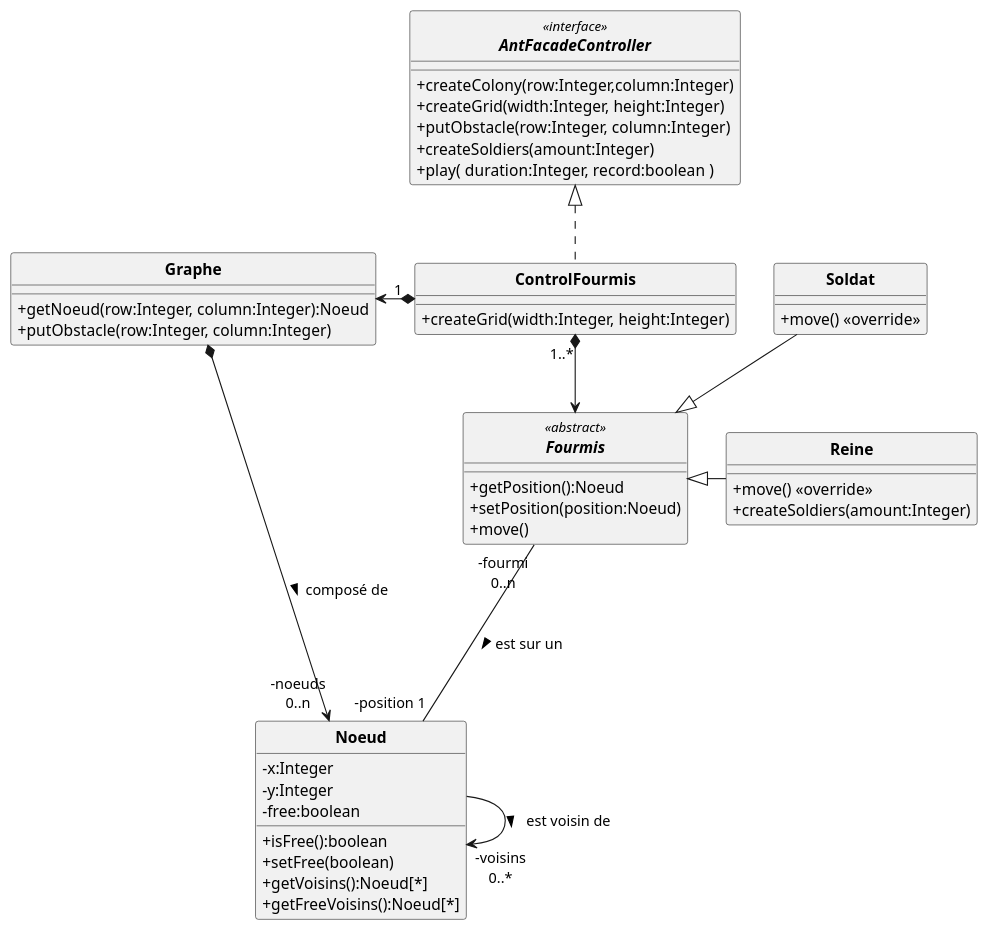
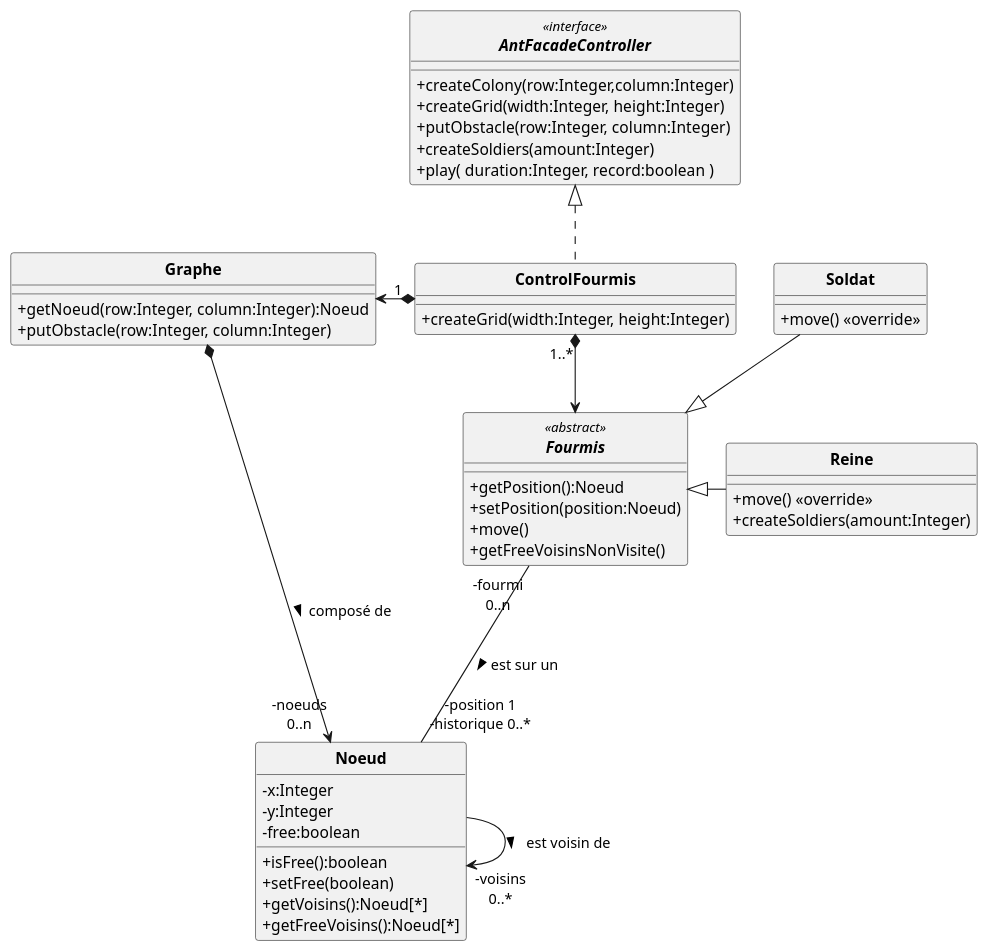
The diagram in src/main/uml/Fourmis_DC.puml (ErenMustafaGit/ColonieFourmis), drawn with PlantUML before and after one commit. The commit also changed 4 other files, not shown here.

First line of the commit message:
Fourmis.java: Ajout de l'attribut position, constructeur, méthode abstraite move, méthodes getPosition et setPosition

```diff
--- a/src/main/uml/Fourmis_DC.puml
+++ b/src/main/uml/Fourmis_DC.puml
@@ -1,71 +1,73 @@
 @startuml
 'https://plantuml.com/sequence-diagram
 allow_mixing
 skinparam style strictuml
 skinparam classAttributeIconSize 0
 skinparam circledCharacterRadius 0
 skinparam circledCharacterFontSize 0
 skinparam classFontStyle Bold
 'autonumber
 
 'Controleur
 interface AntFacadeController <<interface>> {
     '+setParameters( evaporationParam:Integer, foodParam:Integer, pheromoneParam:Integer )
     +createColony(row:Integer,column:Integer)
     +createGrid(width:Integer, height:Integer)
     +putObstacle(row:Integer, column:Integer)
     '+putFood( row:Integer, column:Integer, quantity:Integer);
     '+createWorkers( amount:Integer )
     +createSoldiers(amount:Integer)
     '+setAntFile(antLogFile:String);
     +play( duration:Integer, record:boolean )
 }
 
 class Noeud {
     -x:Integer
     -y:Integer
     -free:boolean
     +isFree():boolean
     +setFree(boolean)
     +getVoisins():Noeud[*]
     +getFreeVoisins():Noeud[*]
 }
 
 abstract Fourmis <<abstract>> {
     +getPosition():Noeud
     +setPosition(position:Noeud)
     +move()
+    +getFreeVoisinsNonVisite()
 }
 class Reine{
     +move() <<override>>
     +createSoldiers(amount:Integer)
 
 }
 class Soldat{
     +move() <<override>>
 }
 
 
 'class Graphe implements projet.v2.AntFacadeController{
 class ControlFourmis implements AntFacadeController{
     +createGrid(width:Integer, height:Integer)
 }
 
 
 class Graphe{
  +getNoeud(row:Integer, column:Integer):Noeud
  +putObstacle(row:Integer, column:Integer)
 }
 
 
 Soldat --|> Fourmis
 Reine -l-|> Fourmis
 
 ControlFourmis "1 " *-l-> Graphe
 ControlFourmis "1..*" *--> Fourmis
 
 Graphe *-r-> "-noeuds\n0..n" Noeud : composé de >
-Fourmis "-fourmi\n0..n" --- "-position 1" Noeud  : est sur un >
+'historique = liste de noeud déjà passé par la fourmi
+Fourmis "-fourmi\n0..n" --- "-position 1\n-historique 0..*" Noeud  : est sur un >
 Noeud -> "-voisins\n0..*"  Noeud  : est voisin de >
 
 @enduml
```
